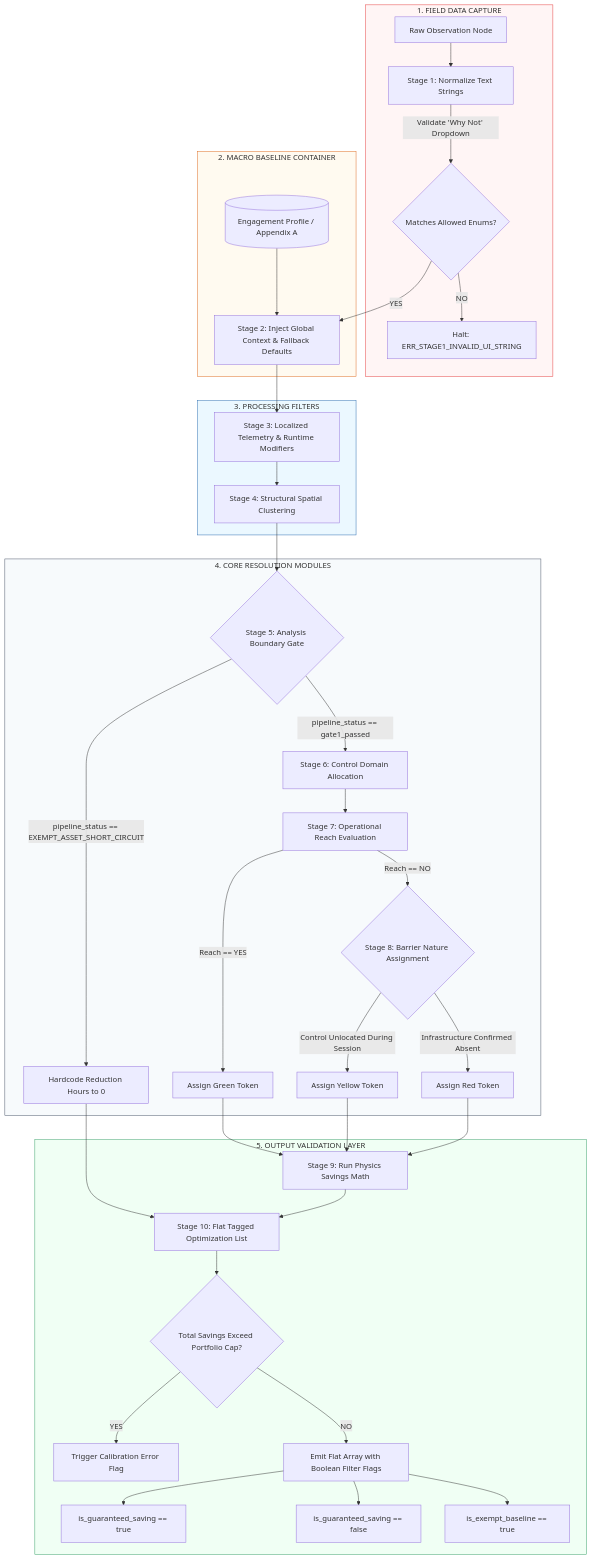
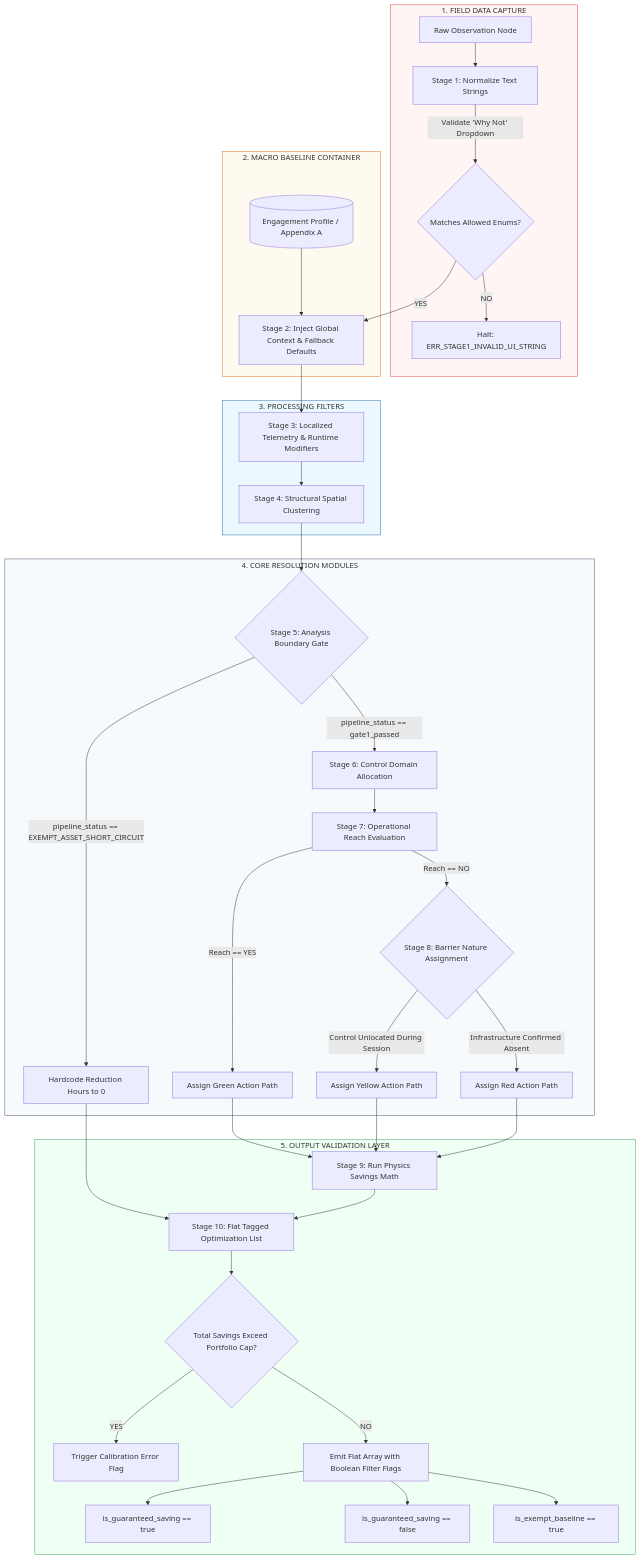
Before and after one commit to c883/Inference-Engine: the second of 3 diagrams in docs/architecture/inference-engine-spec.md, drawn with Mermaid. The commit also changed other lines of this file, not shown here.

````diff
--- a/docs/architecture/inference-engine-spec.md
+++ b/docs/architecture/inference-engine-spec.md
@@ -145,70 +145,70 @@
 ```mermaid
 flowchart TD
     %% Custom UI Styles for Clarity
     classDef layer1 fill:#fff5f5,stroke:#e53e3e,stroke-width:2px,color:#9b2c2c;
     classDef layer2 fill:#fffaf0,stroke:#dd6b20,stroke-width:2px,color:#9c4221;
     classDef layer3 fill:#ebf8ff,stroke:#2b6cb0,stroke-width:2px,color:#1a365d;
     classDef layer4 fill:#f7fafc,stroke:#4a5568,stroke-width:2px,color:#2d3748;
     classDef layer5 fill:#f0fff4,stroke:#38a169,stroke-width:2px,color:#22543d;
 
     %% --- LAYER 1: FIELD DATA ACQUISITION ---
     subgraph L1 [1. FIELD DATA CAPTURE]
         A[Raw Observation Node] --> S1[Stage 1: Normalize Text Strings]
         S1 -->|Validate 'Why Not' Dropdown| FormCheck{Matches Allowed Enums?}
         FormCheck -->|NO| Err_1[Halt: ERR_STAGE1_INVALID_UI_STRING]
     end
     style L1 fill:#fff5f5,stroke:#e53e3e,stroke-width:1px
 
     %% --- LAYER 2: GLOBAL CONTEXT INGESTION ---
     subgraph L2 [2. MACRO BASELINE CONTAINER]
         FormCheck -->|YES| S2[Stage 2: Inject Global Context & Fallback Defaults]
         D[("Engagement Profile / Appendix A")] --> S2
     end
     style L2 fill:#fffaf0,stroke:#dd6b20,stroke-width:1px
 
     %% --- LAYER 3: TELEMETRY & RUNTIME MODIFIERS ---
     subgraph L3 [3. PROCESSING FILTERS]
         S2 --> S3[Stage 3: Localized Telemetry & Runtime Modifiers]
         S3 --> S4[Stage 4: Structural Spatial Clustering]
     end
     style L3 fill:#ebf8ff,stroke:#2b6cb0,stroke-width:1px
 
     %% --- LAYER 4: RESOLUTION ENGINE & PATHS ---
     subgraph L4 [4. CORE RESOLUTION MODULES]
         S4 --> S5{Stage 5: Analysis Boundary Gate}
         
         %% Short Circuits
         S5 -->|pipeline_status == EXEMPT_ASSET_SHORT_CIRCUIT| SC_Base[Hardcode Reduction Hours to 0]
         
         %% Normal Tree & Logic Splits
         S5 -->|pipeline_status == gate1_passed| S6[Stage 6: Control Domain Allocation]
         
         S6 --> S7[Stage 7: Operational Reach Evaluation]
-        S7 -->|Reach == YES| Path_Green[Assign Green Token]
+        S7 -->|Reach == YES| Path_Green[Assign Green Action Path]
         S7 -->|Reach == NO| S8{Stage 8: Barrier Nature Assignment}
         
         %% Stage 8 Detailed Control Not Found Branching
-        S8 -->|Infrastructure Confirmed Absent| Path_Red[Assign Red Token]
-        S8 -->|Control Unlocated During Session| Path_Yellow[Assign Yellow Token]
+        S8 -->|Infrastructure Confirmed Absent| Path_Red[Assign Red Action Path]
+        S8 -->|Control Unlocated During Session| Path_Yellow[Assign Yellow Action Path]
     end
     style L4 fill:#f7fafc,stroke:#4a5568,stroke-width:1px
 
     %% --- LAYER 5: VALIDATION & SAVINGS POOLS ---
     subgraph L5 [5. OUTPUT VALIDATION LAYER]
         SC_Base --> S10
         Path_Green --> S9[Stage 9: Run Physics Savings Math]
         Path_Yellow --> S9
         Path_Red --> S9
         
         S9 --> S10[Stage 10: Flat Tagged Optimization List]
         
         S10 --> Check{Total Savings Exceed Portfolio Cap?}
         Check -->|YES| Err_2[Trigger Calibration Error Flag]
         Check -->|NO| Handoff[Emit Flat Array with Boolean Filter Flags]
         
         Handoff --> Pool1[is_guaranteed_saving == true]
         Handoff --> Pool2[is_guaranteed_saving == false]
         Handoff --> Pool3[is_exempt_baseline == true]
     end
     style L5 fill:#f0fff4,stroke:#38a169,stroke-width:1px
 ```
````
